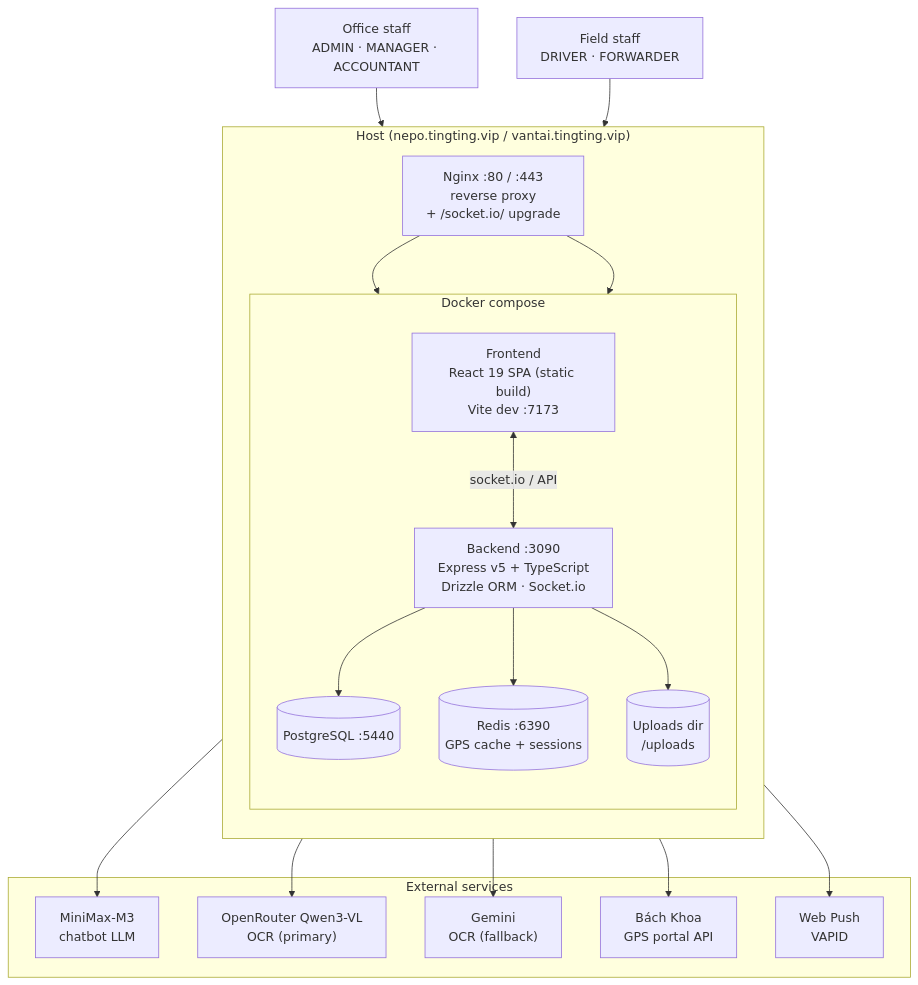
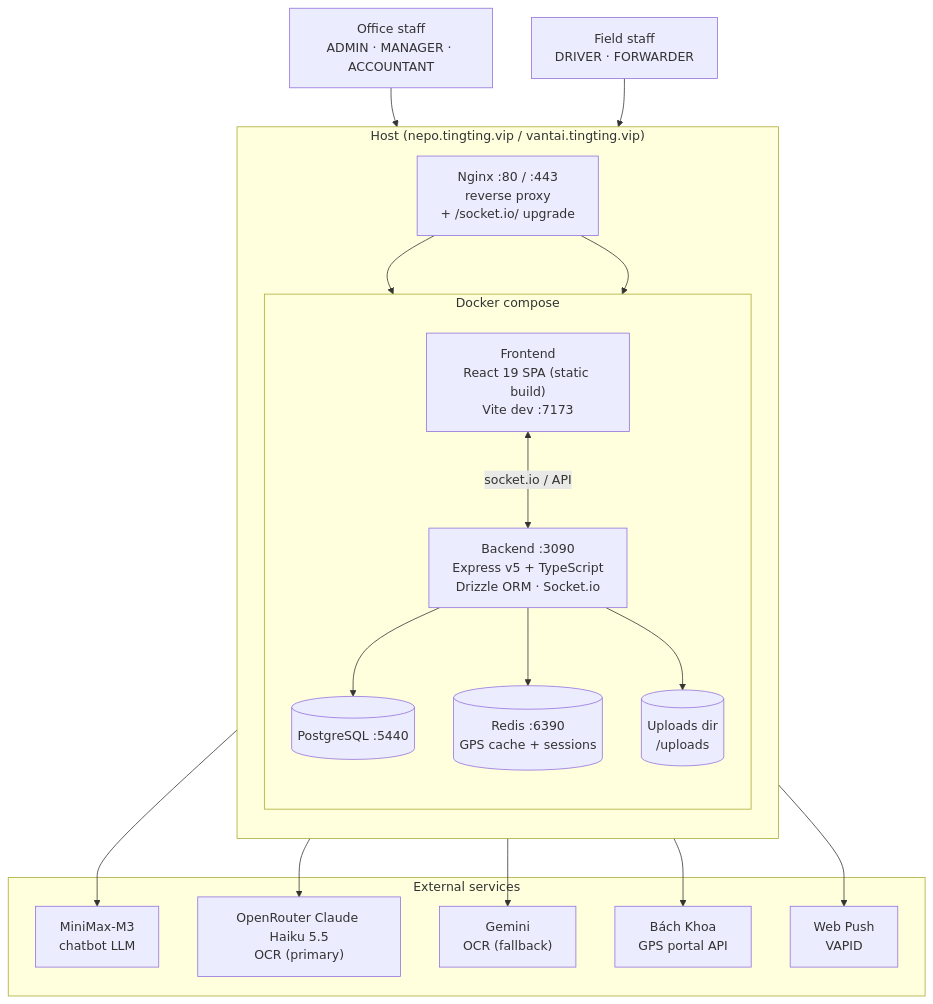
The first of 11 diagrams in docs/architecture-diagrams.md (4rankng/nepocorp), drawn with Mermaid before and after one commit. The commit also changed 22 other files, not shown here.

First line of the commit message:
fix(ocr): Haiku 5.5 container/seal OCR and stable photo binding

````diff
--- a/docs/architecture-diagrams.md
+++ b/docs/architecture-diagrams.md
@@ -8,40 +8,40 @@
 ```mermaid
 flowchart TB
   OFFICE["Office staff<br/>ADMIN · MANAGER · ACCOUNTANT"]
   FIELD["Field staff<br/>DRIVER · FORWARDER"]
 
   subgraph Host["Host (nepo.tingting.vip / vantai.tingting.vip)"]
     direction TB
     NGINX["Nginx :80 / :443<br/>reverse proxy<br/>+ /socket.io/ upgrade"]
     subgraph Docker["Docker compose"]
       direction TB
       FE["Frontend<br/>React 19 SPA (static build)<br/>Vite dev :7173"]
       BE["Backend :3090<br/>Express v5 + TypeScript<br/>Drizzle ORM · Socket.io"]
       PG[("PostgreSQL :5440")]
       REDIS[("Redis :6390<br/>GPS cache + sessions")]
       FS[(Uploads dir<br/>/uploads)]
     end
   end
 
   subgraph External["External services"]
     MM["MiniMax-M3<br/>chatbot LLM"]
-    OR["OpenRouter Qwen3-VL<br/>OCR (primary)"]
+    OR["OpenRouter Claude Haiku 5.5<br/>OCR (primary)"]
     GEM["Gemini<br/>OCR (fallback)"]
     BK["Bách Khoa<br/>GPS portal API"]
     WP["Web Push<br/>VAPID"]
   end
 
   OFFICE --> NGINX
   FIELD --> NGINX
   NGINX --> FE
   NGINX --> BE
   FE <-->|socket.io / API| BE
   BE --> PG
   BE --> REDIS
   BE --> FS
   BE --> MM
   BE --> OR
   BE --> GEM
   BE --> BK
   BE --> WP
 ```
````
